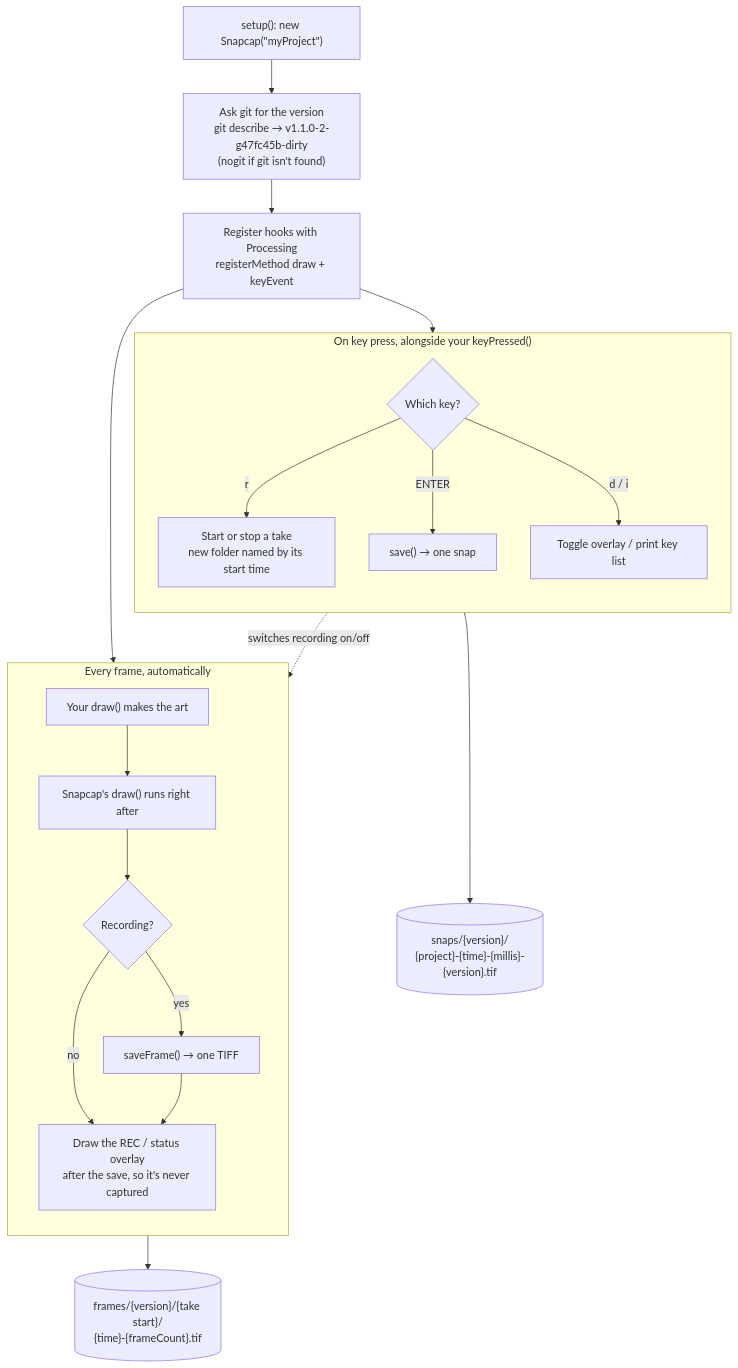
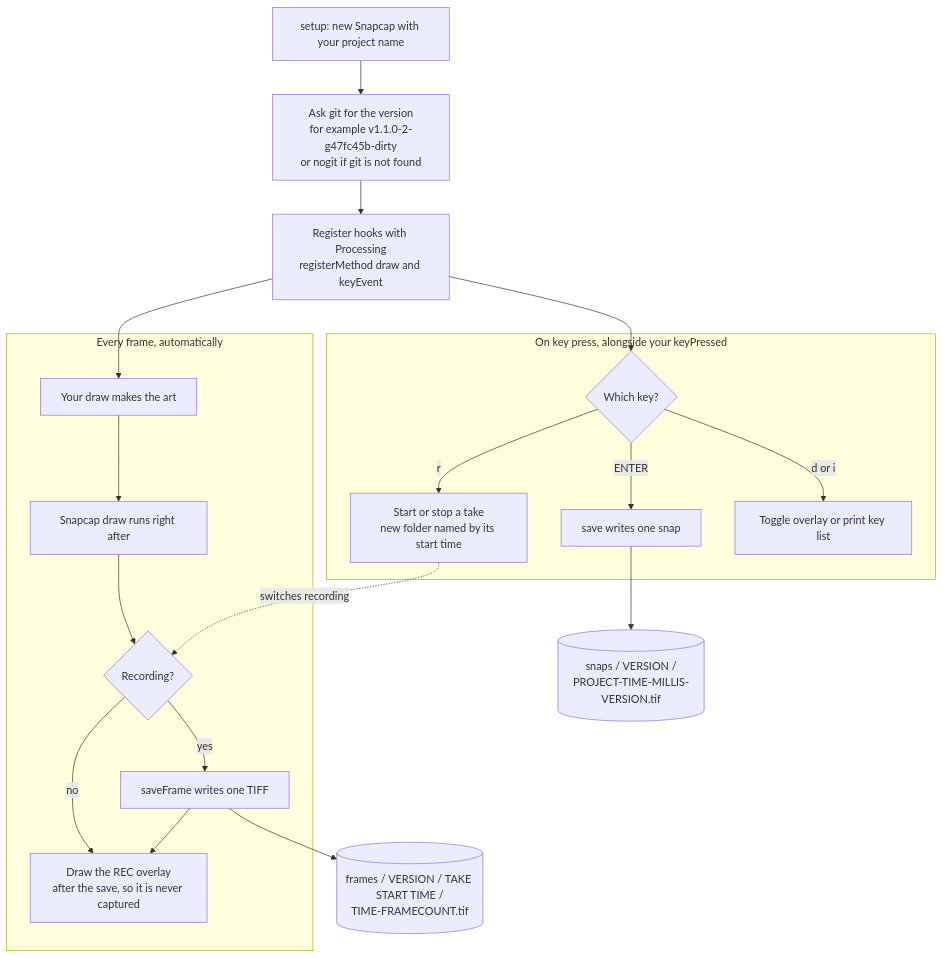
The diagram in README.md (jaycody/snapcap), drawn with Mermaid before and after one commit.

Commit message:
Simplify the README diagram so GitHub can render it
Drop HTML entities, braces in node labels and quoted edge labels.

Claude-Session: https://claude.ai/code/session_01LfwKt6xihymg2bjZ9gBmc7

````diff
--- a/README.md
+++ b/README.md
@@ -8,29 +8,27 @@
 ```mermaid
 flowchart TD
-    A["setup(): new Snapcap(&quot;myProject&quot;)"] --> G["Ask git for the version<br/>git describe → v1.1.0-2-g47fc45b-dirty<br/>(nogit if git isn't found)"]
-    G --> R["Register hooks with Processing<br/>registerMethod draw + keyEvent"]
+    A["setup: new Snapcap with your project name"] --> G["Ask git for the version<br/>for example v1.1.0-2-g47fc45b-dirty<br/>or nogit if git is not found"]
+    G --> R["Register hooks with Processing<br/>registerMethod draw and keyEvent"]
 
-    subgraph EVERY["Every frame, automatically"]
-        direction TB
-        D1["Your draw() makes the art"] --> D2["Snapcap's draw() runs right after"]
+    subgraph EVERY ["Every frame, automatically"]
+        D1["Your draw makes the art"] --> D2["Snapcap draw runs right after"]
         D2 --> Q{"Recording?"}
-        Q -- yes --> SF["saveFrame() → one TIFF"]
-        Q -- no --> OV
-        SF --> OV["Draw the REC / status overlay<br/>after the save, so it's never captured"]
+        Q -->|yes| SF["saveFrame writes one TIFF"]
+        Q -->|no| OV["Draw the REC overlay<br/>after the save, so it is never captured"]
+        SF --> OV
     end
 
-    subgraph KEYS["On key press, alongside your keyPressed()"]
-        direction TB
+    subgraph KEYS ["On key press, alongside your keyPressed"]
         K{"Which key?"}
-        K -- "r" --> T["Start or stop a take<br/>new folder named by its start time"]
-        K -- "ENTER" --> S["save() → one snap"]
-        K -- "d / i" --> H["Toggle overlay / print key list"]
+        K -->|r| T["Start or stop a take<br/>new folder named by its start time"]
+        K -->|ENTER| S["save writes one snap"]
+        K -->|d or i| H["Toggle overlay or print key list"]
     end
 
-    R --> EVERY
-    R --> KEYS
-    T -. "switches recording on/off" .-> Q
+    R --> D1
+    R --> K
+    T -.->|switches recording| Q
 
-    SF --> FR[("frames/{version}/{take start}/<br/>{time}-{frameCount}.tif")]
-    S --> SN[("snaps/{version}/<br/>{project}-{time}-{millis}-{version}.tif")]
+    SF --> FR[("frames / VERSION / TAKE START TIME /<br/>TIME-FRAMECOUNT.tif")]
+    S --> SN[("snaps / VERSION /<br/>PROJECT-TIME-MILLIS-VERSION.tif")]
 ```
````
